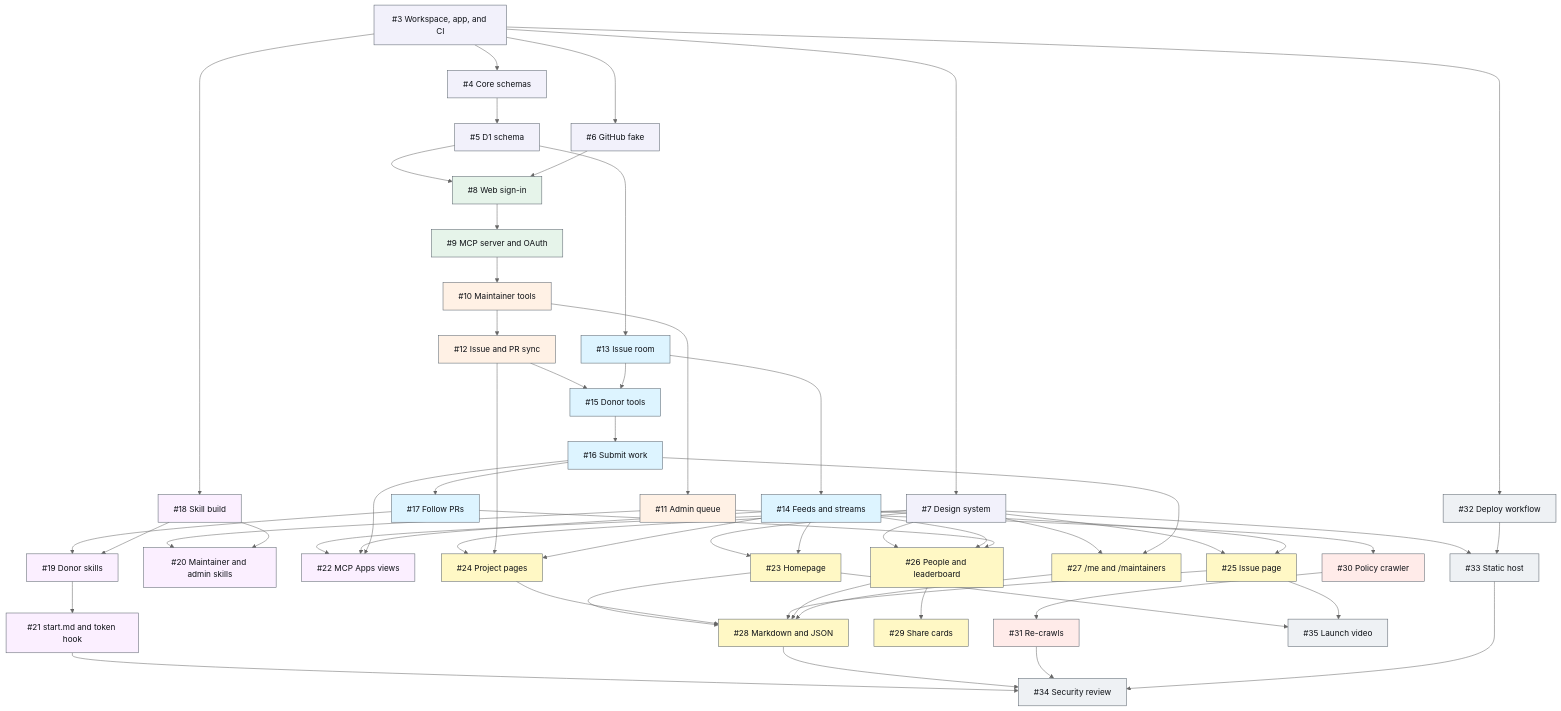
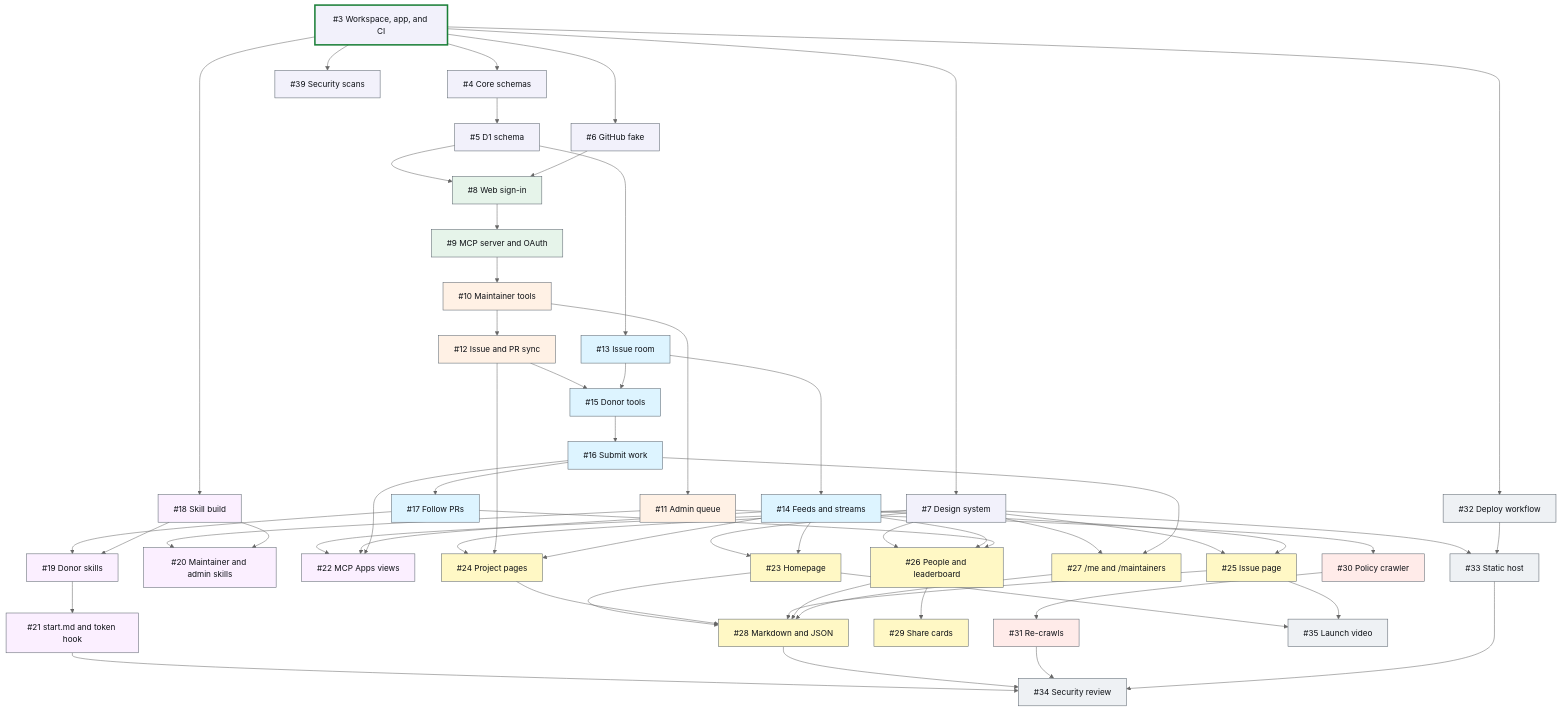
One commit to meanwhileso/goodfirsttoken changed the diagram in ROADMAP.md. Above: the diagram before and after it, drawn with Mermaid (neutral theme). The commit also changed other lines of this file, not shown here.

First line of the commit message:
Add #39 to the roadmap and show which items are done (#40)

````diff
--- a/ROADMAP.md
+++ b/ROADMAP.md
@@ -118,11 +121,13 @@
   classDef m6 fill:#FFF8C5,stroke:#57606A,color:#0E1116
   classDef m7 fill:#FFEBE9,stroke:#57606A,color:#0E1116
   classDef m8 fill:#EEF1F4,stroke:#57606A,color:#0E1116
+  classDef done stroke:#1A7F37,stroke-width:3px
   n3["#3 Workspace, app, and CI"]:::m1
   n4["#4 Core schemas"]:::m1
   n5["#5 D1 schema"]:::m1
   n6["#6 GitHub fake"]:::m1
   n7["#7 Design system"]:::m1
+  n39["#39 Security scans"]:::m1
   n8["#8 Web sign-in"]:::m2
   n9["#9 MCP server and OAuth"]:::m2
   n10["#10 Maintainer tools"]:::m3
@@ -156,6 +161,7 @@
   n3 --> n7
   n3 --> n18
   n3 --> n32
+  n3 --> n39
   n4 --> n5
   n5 --> n8
   n5 --> n13
@@ -205,4 +211,5 @@
   n31 --> n34
   n32 --> n33
   n33 --> n34
+  class n3 done
 ```
````
